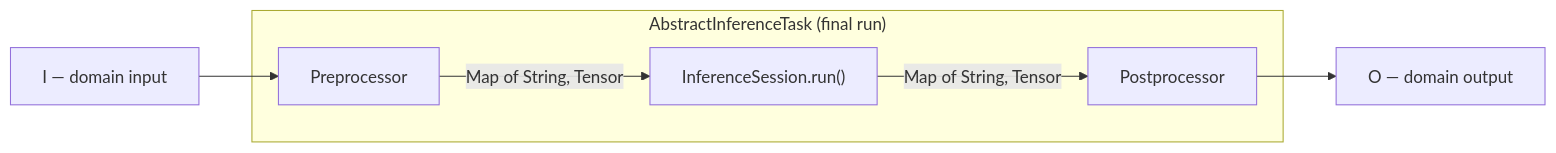
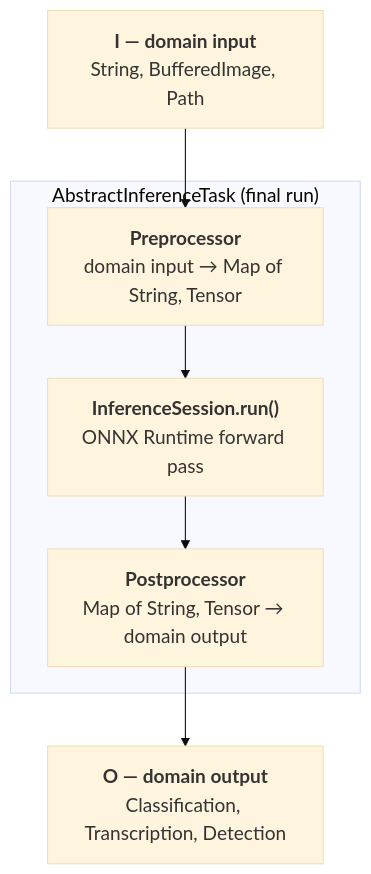
Before and after one commit to inference4j/inference4j: the first of 2 diagrams in docs/contributing/adding-a-wrapper.md, drawn with Mermaid. The commit also changed other lines of this file and 3 other files, not shown here.

First line of the commit message:
Add tokenizers guide, update wrapper docs and roadmap

````diff
--- a/docs/contributing/adding-a-wrapper.md
+++ b/docs/contributing/adding-a-wrapper.md
@@ -9,16 +9,17 @@
 ```mermaid
-flowchart LR
-    Input["I — domain input"]
+%%{init: {'theme': 'base', 'themeVariables': {'fontSize': '18px'}}}%%
+flowchart TD
+    Input["<b>I — domain input</b><br>String, BufferedImage, Path"]
 
     subgraph AbstractInferenceTask["AbstractInferenceTask (final run)"]
-        Pre["Preprocessor"]
-        Session["InferenceSession.run()"]
-        Post["Postprocessor"]
-        Pre -->|"Map of String, Tensor"| Session -->|"Map of String, Tensor"| Post
+        Pre["<b>Preprocessor</b><br>domain input → Map of String, Tensor"]
+        Session["<b>InferenceSession.run()</b><br>ONNX Runtime forward pass"]
+        Post["<b>Postprocessor</b><br>Map of String, Tensor → domain output"]
+        Pre --> Session --> Post
     end
 
-    Output["O — domain output"]
+    Output["<b>O — domain output</b><br>Classification, Transcription, Detection"]
 
     Input --> Pre
     Post --> Output
 ```
````
